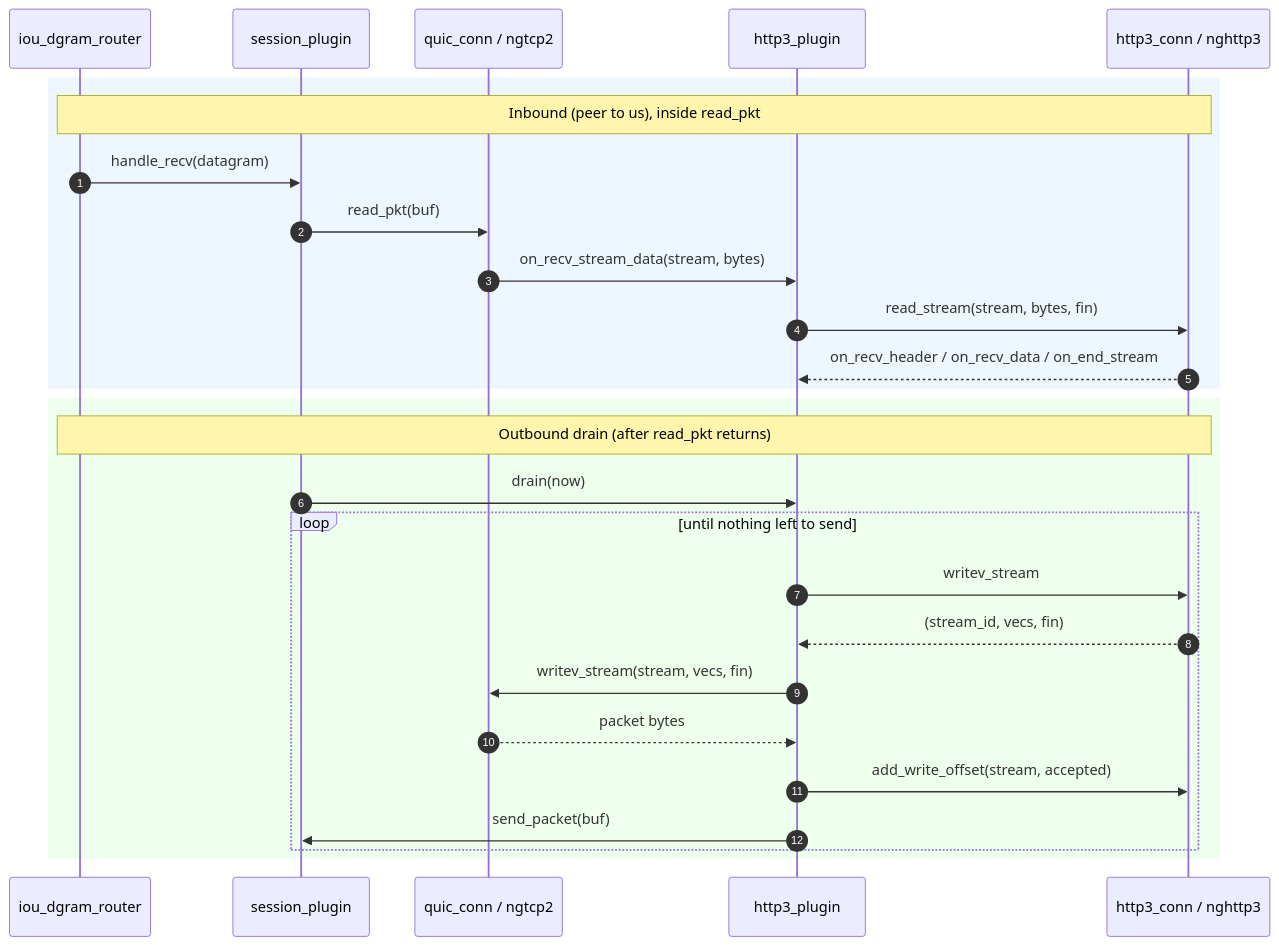
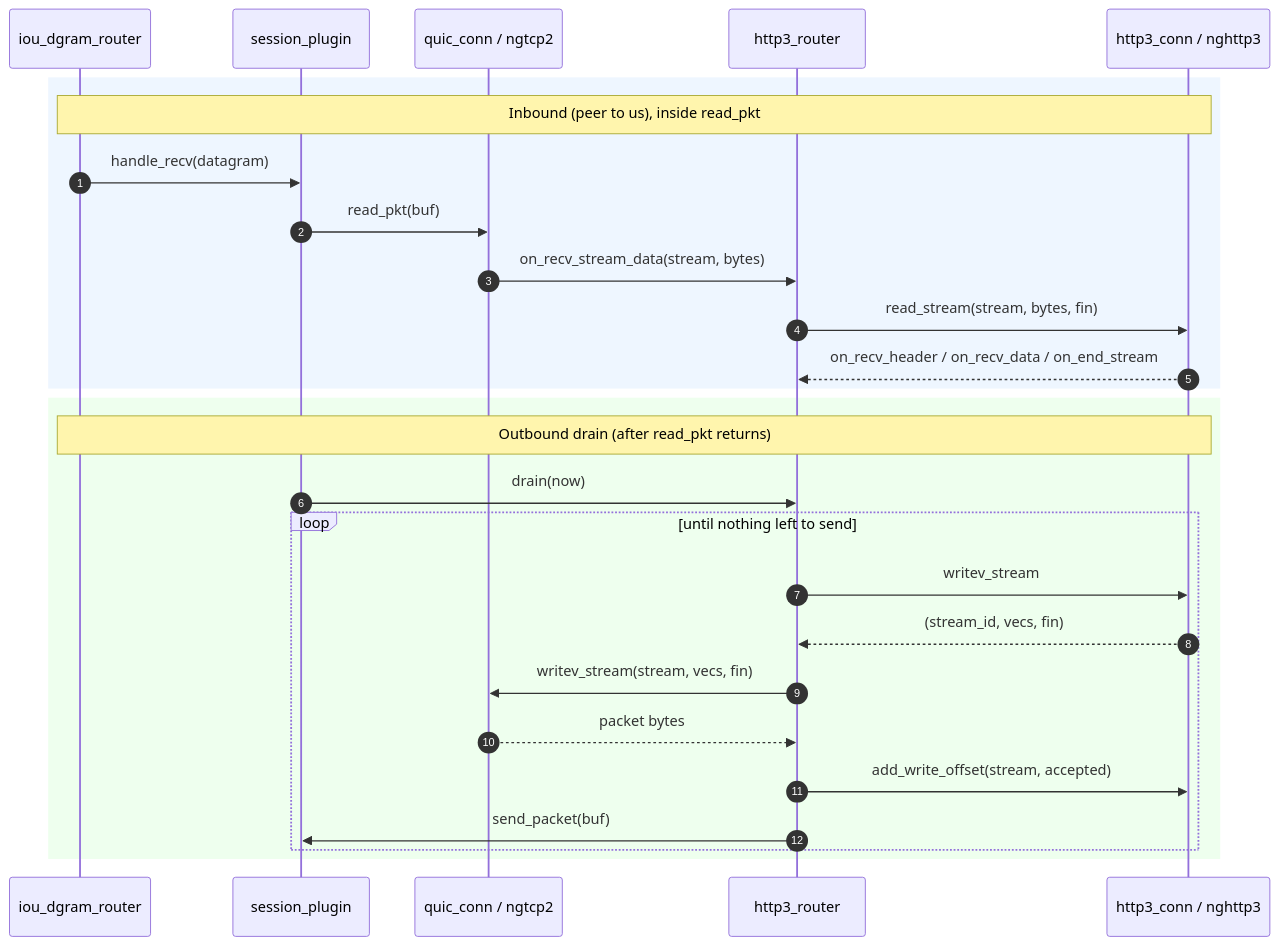
One commit to stevensudit/Corvid changed the third of 3 diagrams in corvid/proto/quic/classes.md. Above: the diagram before and after it, drawn with Mermaid. The commit also changed other lines of this file and 4 other files, not shown here.

````diff
--- a/corvid/proto/quic/classes.md
+++ b/corvid/proto/quic/classes.md
@@ -179,31 +179,31 @@
 ```mermaid
 sequenceDiagram
     autonumber
     participant Router as iou_dgram_router
     participant Ssn as session_plugin
     participant QC as quic_conn / ngtcp2
-    participant HP as http3_plugin
+    participant HP as http3_router
     participant HC as http3_conn / nghttp3
 
     rect rgb(238, 246, 255)
     Note over Router,HC: Inbound (peer to us), inside read_pkt
     Router->>Ssn: handle_recv(datagram)
     Ssn->>QC: read_pkt(buf)
     QC->>HP: on_recv_stream_data(stream, bytes)
     HP->>HC: read_stream(stream, bytes, fin)
     HC-->>HP: on_recv_header / on_recv_data / on_end_stream
     end
 
     rect rgb(238, 255, 238)
     Note over Router,HC: Outbound drain (after read_pkt returns)
     Ssn->>HP: drain(now)
     loop until nothing left to send
         HP->>HC: writev_stream
         HC-->>HP: (stream_id, vecs, fin)
         HP->>QC: writev_stream(stream, vecs, fin)
         QC-->>HP: packet bytes
         HP->>HC: add_write_offset(stream, accepted)
         HP->>Ssn: send_packet(buf)
     end
     end
 ```
````
